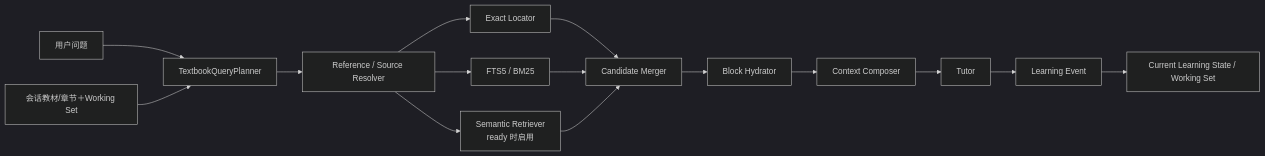
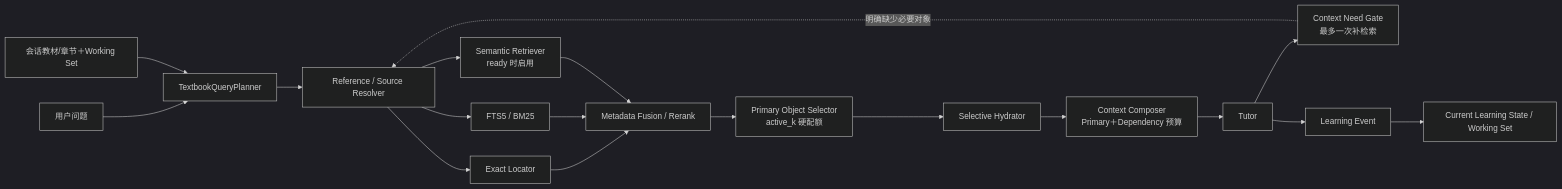
The diagram in content/非笔记内容/工作流程与系统运维/MathStudyAgent/教材搜索v1.0方案.md (kzpeng565-netizen/my-math-blog), drawn with Mermaid (dark theme) before and after one commit. The commit also changed other lines of this file and 1 other file, not shown here.

````diff
--- a/content/非笔记内容/工作流程与系统运维/MathStudyAgent/教材搜索v1.0方案.md
+++ b/content/非笔记内容/工作流程与系统运维/MathStudyAgent/教材搜索v1.0方案.md
@@ -54,17 +57,20 @@
 ```mermaid
 flowchart LR
   U["用户问题"] --> Q["TextbookQueryPlanner"]
   S["会话教材/章节＋Working Set"] --> Q
   Q --> R["Reference / Source Resolver"]
   R --> E["Exact Locator"]
   R --> F["FTS5 / BM25"]
   R --> V["Semantic Retriever<br/>ready 时启用"]
-  E --> M["Candidate Merger"]
+  E --> M["Metadata Fusion / Rerank"]
   F --> M
   V --> M
-  M --> H["Block Hydrator"]
-  H --> C["Context Composer"]
+  M --> P["Primary Object Selector<br/>active_k 硬配额"]
+  P --> H["Selective Hydrator"]
+  H --> C["Context Composer<br/>Primary＋Dependency 预算"]
   C --> T["Tutor"]
+  T --> G["Context Need Gate<br/>最多一次补检索"]
+  G -. "明确缺少必要对象" .-> R
   T --> L["Learning Event"]
   L --> W["Current Learning State / Working Set"]
 ```
````
